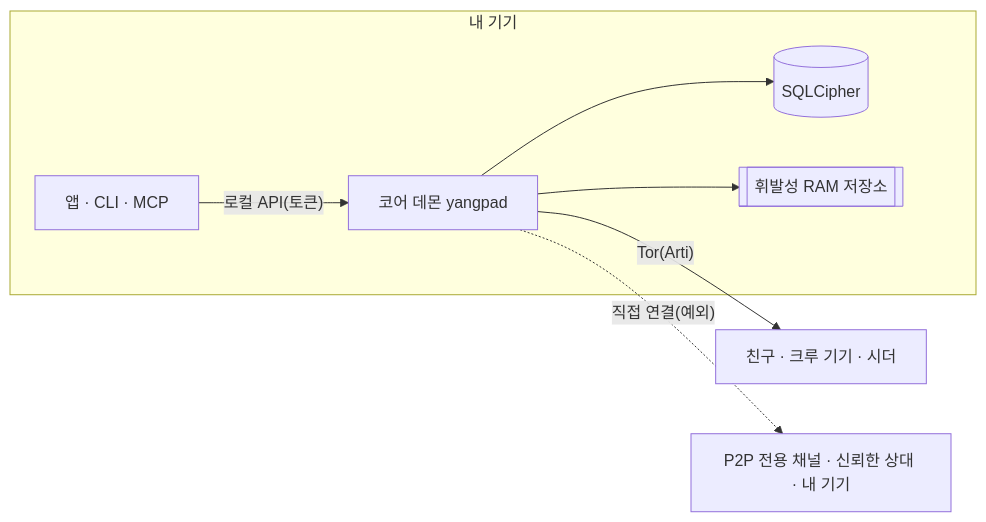
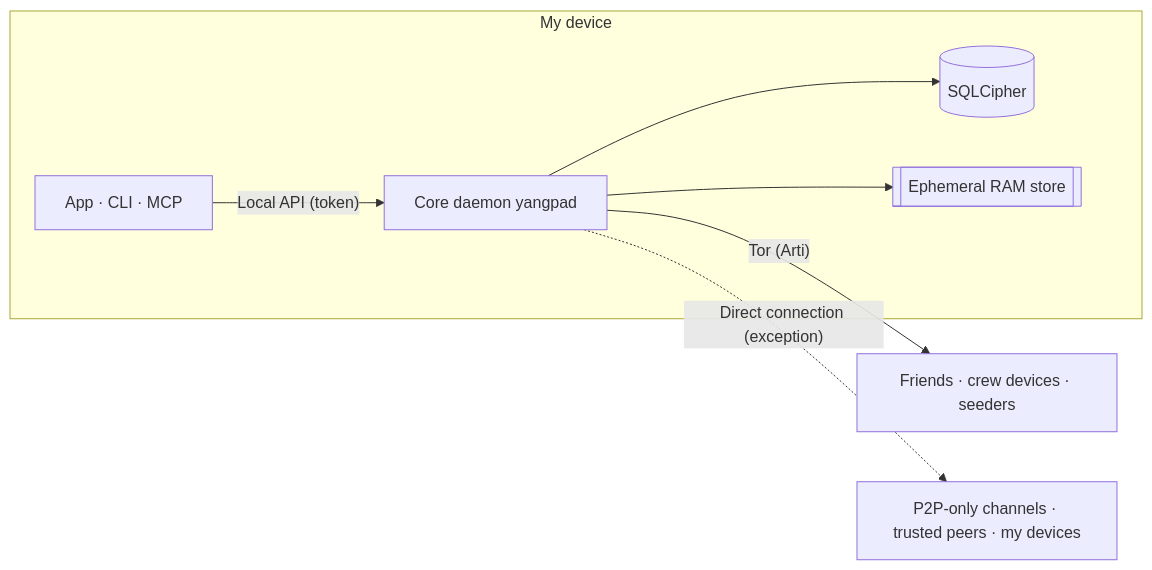
Before and after one commit to dhtpdud/YANGPA: the diagram in README.md, drawn with Mermaid. The commit also changed other lines of this file and 18 other files, not shown here.

````diff
--- a/README.md
+++ b/README.md
@@ -178,10 +178,10 @@
 ```mermaid
 flowchart LR
-  subgraph device["내 기기"]
-    clients["앱 · CLI · MCP"] -->|"로컬 API(토큰)"| daemon["코어 데몬 yangpad"]
+  subgraph device["My device"]
+    clients["App · CLI · MCP"] -->|"Local API (token)"| daemon["Core daemon yangpad"]
     daemon --> db[("SQLCipher")]
-    daemon --> ram[["휘발성 RAM 저장소"]]
+    daemon --> ram[["Ephemeral RAM store"]]
   end
-  daemon -->|"Tor(Arti)"| peers["친구 · 크루 기기 · 시더"]
-  daemon -.->|"직접 연결(예외)"| direct["P2P 전용 채널 · 신뢰한 상대 · 내 기기"]
+  daemon -->|"Tor (Arti)"| peers["Friends · crew devices · seeders"]
+  daemon -.->|"Direct connection (exception)"| direct["P2P-only channels · trusted peers · my devices"]
 ```
````
